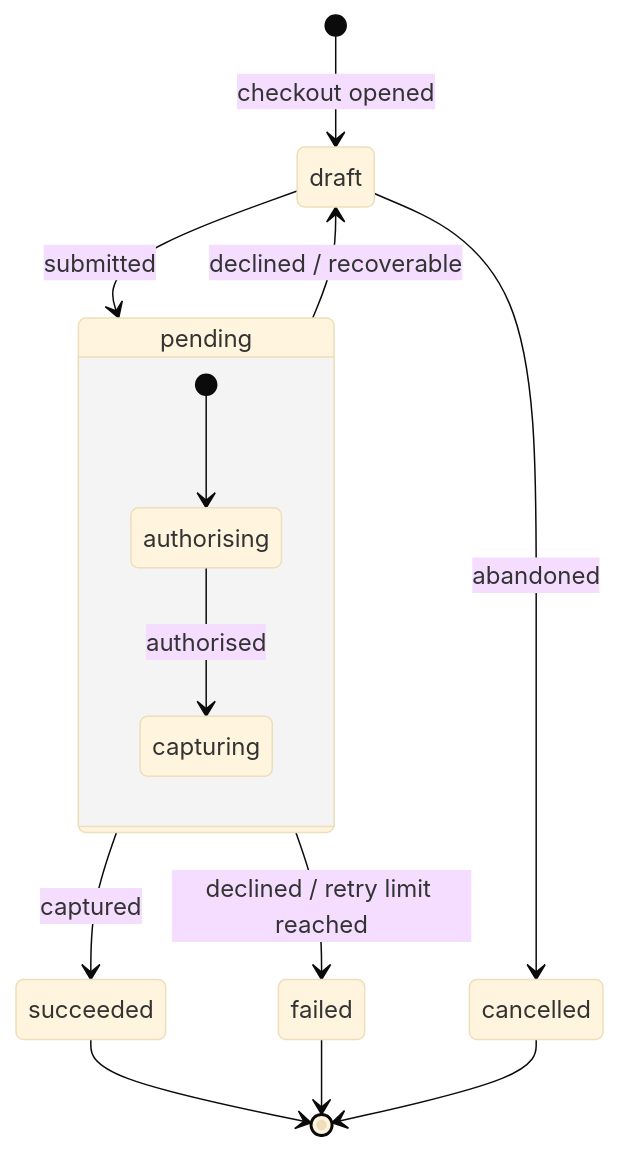
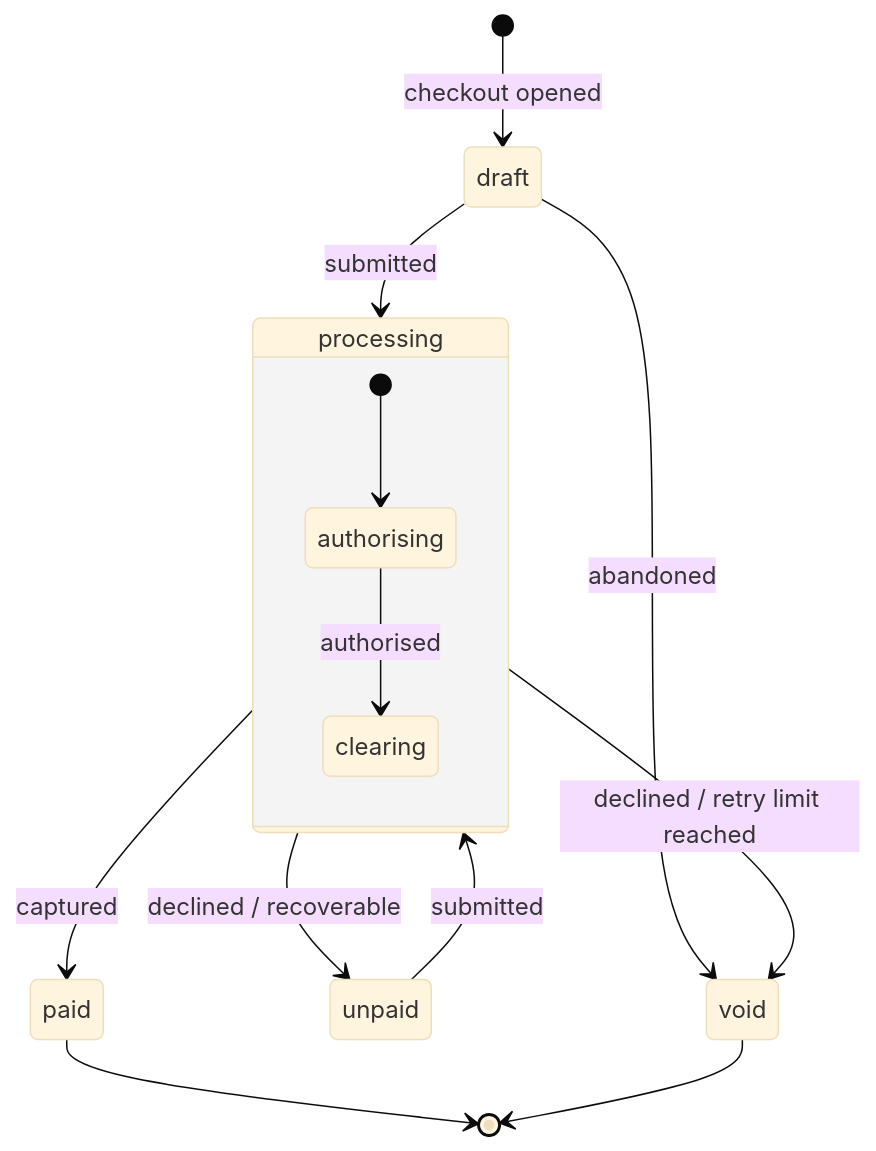
The diagram in skills/api-design/references/event-status-design.md (mcclowes/skills), drawn with Mermaid (base theme) before and after one commit. The commit also changed other lines of this file and 8 other files, not shown here.

````diff
--- a/skills/api-design/references/event-status-design.md
+++ b/skills/api-design/references/event-status-design.md
@@ -39,19 +58,19 @@
 ```mermaid
 stateDiagram-v2
     [*] --> draft: checkout opened
-    draft --> cancelled: abandoned
+    draft --> void: abandoned
 
-    state pending {
+    state processing {
         [*] --> authorising
-        authorising --> capturing: authorised
+        authorising --> clearing: authorised
     }
 
-    draft --> pending: submitted
-    pending --> succeeded: captured
-    pending --> draft: declined / recoverable
-    pending --> failed: declined / retry limit reached
+    draft --> processing: submitted
+    unpaid --> processing: submitted
+    processing --> paid: captured
+    processing --> unpaid: declined / recoverable
+    processing --> void: declined / retry limit reached
 
-    succeeded --> [*]
-    failed --> [*]
-    cancelled --> [*]
+    paid --> [*]
+    void --> [*]
 ```
````
